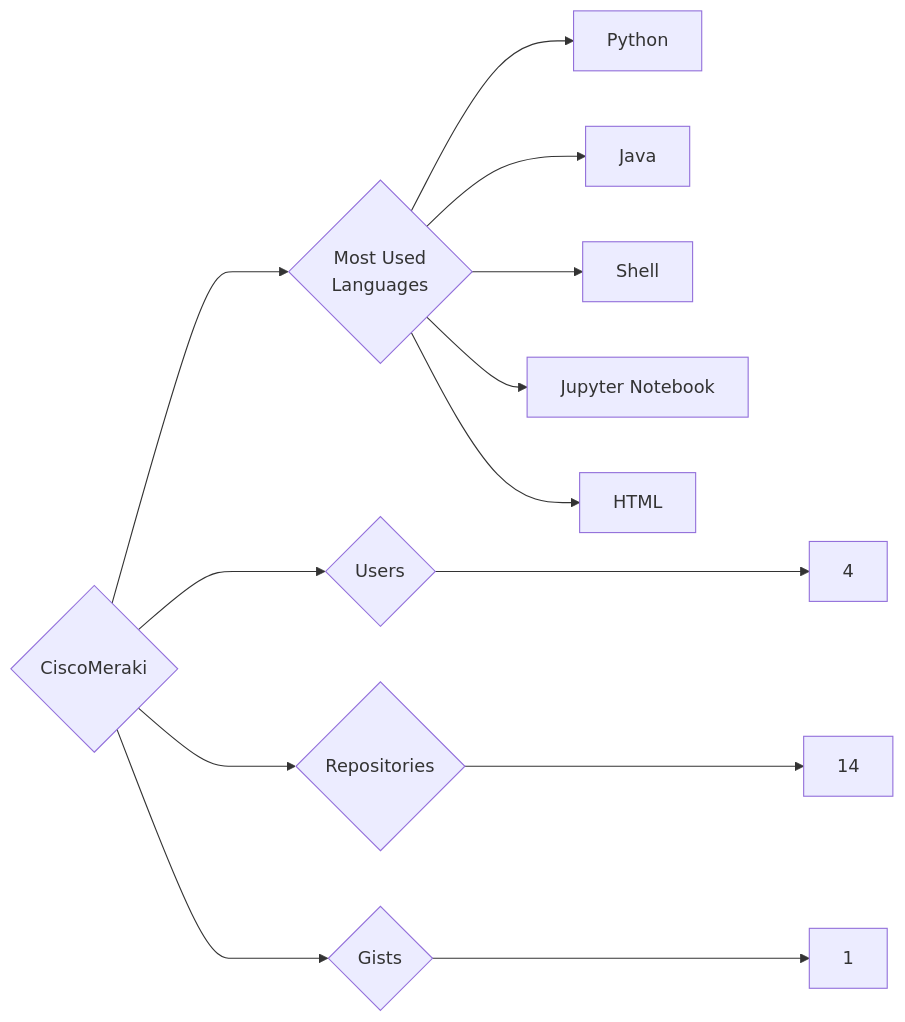
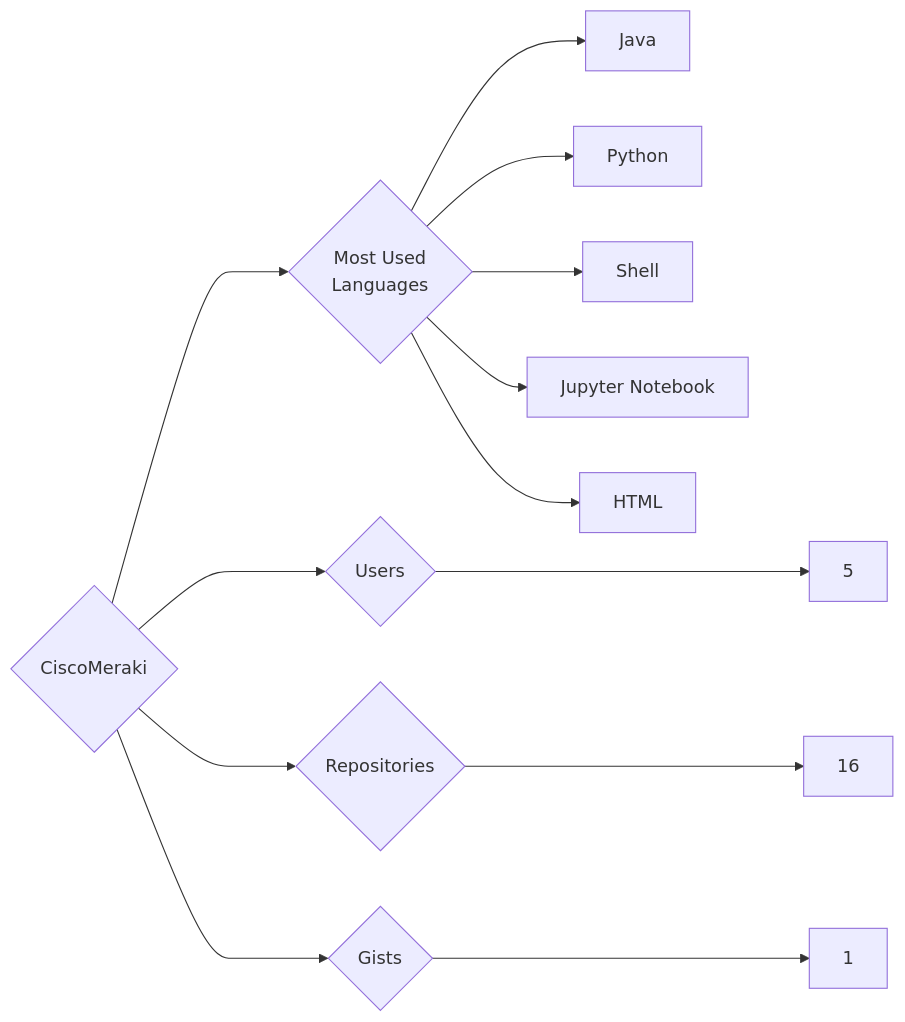
Before and after one commit to trickest/insiders: the diagram in targets/CiscoMeraki/README.md, drawn with Mermaid. The commit also changed 865 other files, not shown here.

````diff
--- a/targets/CiscoMeraki/README.md
+++ b/targets/CiscoMeraki/README.md
@@ -3,13 +3,13 @@
 ```mermaid
 graph LR
 COMPANY_NAME{CiscoMeraki}
-COMPANY_NAME ---> U{Users} ---> UN[4]
-COMPANY_NAME ---> R{Repositories} ---> RN[14]
+COMPANY_NAME ---> U{Users} ---> UN[5]
+COMPANY_NAME ---> R{Repositories} ---> RN[16]
 COMPANY_NAME ---> G{Gists} ---> GN[1]
 COMPANY_NAME ---> ML{Most Used<br>Languages}
+ML --> Java[Java]
 ML --> Python[Python]
-ML --> Java[Java]
 ML --> Shell[Shell]
 ML --> Jupyter_Notebook[Jupyter Notebook]
 ML --> HTML[HTML]
 ```
````
